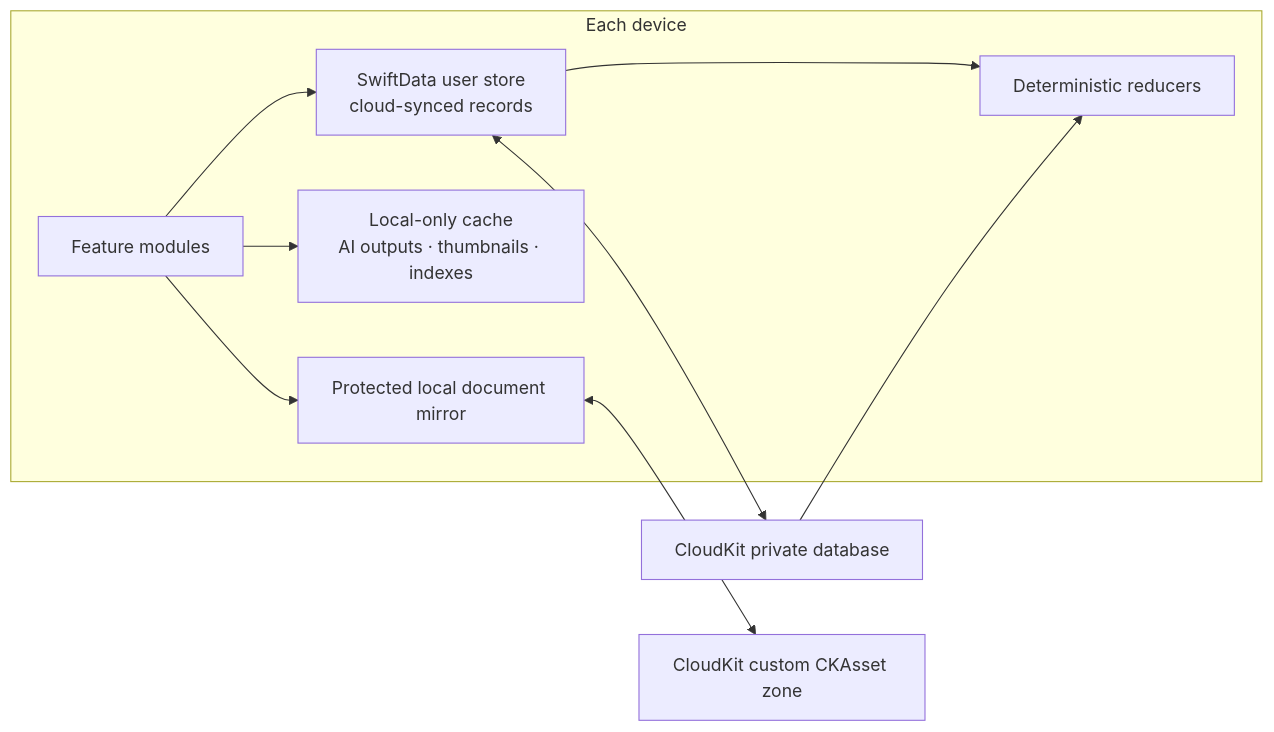
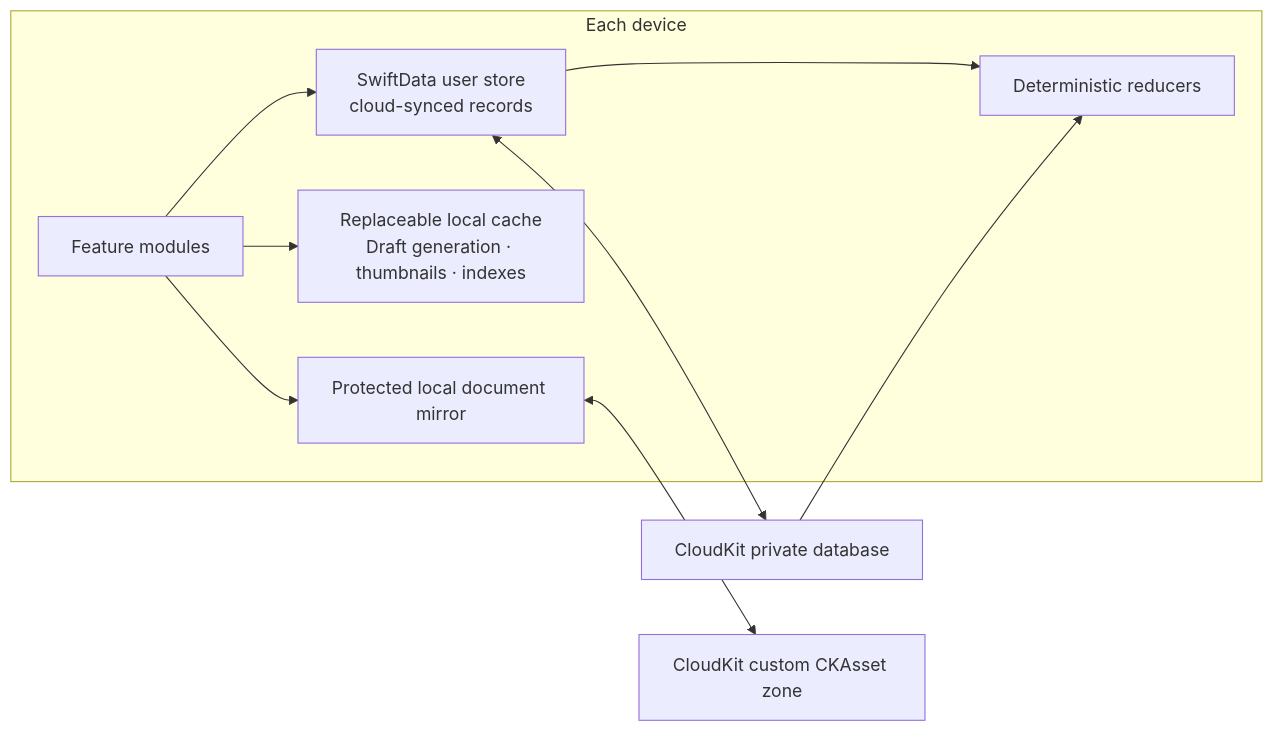
The third of 3 diagrams in NeuroForge_Release_1.0_Product_Spec_System_Design_Development_Plan.md (Zacro-Technologies/NeuroForge), drawn with Mermaid before and after one commit. The commit also changed other lines of this file and 69 other files, not shown here.

````diff
--- a/NeuroForge_Release_1.0_Product_Spec_System_Design_Development_Plan.md
+++ b/NeuroForge_Release_1.0_Product_Spec_System_Design_Development_Plan.md
@@ -1249,12 +1199,12 @@
 ```mermaid
 flowchart LR
   subgraph Device[Each device]
     Features[Feature modules] --> UserStore[SwiftData user store<br/>cloud-synced records]
-    Features --> Cache[Local-only cache<br/>AI outputs · thumbnails · indexes]
+    Features --> Cache[Replaceable local cache<br/>Draft generation · thumbnails · indexes]
     Features --> Files[Protected local document mirror]
     UserStore --> Reducer[Deterministic reducers]
   end
   UserStore <--> CK[CloudKit private database]
   Files <--> Assets[CloudKit custom CKAsset zone]
   CK --> Reducer
 ```
````
